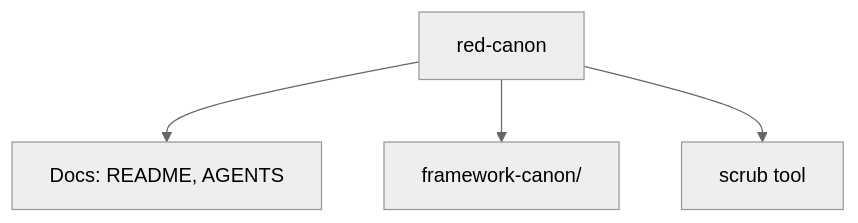
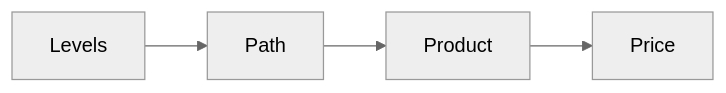
One commit to redrhino-online/red-canon changed diagram 13 of 27 in README.md. Above: the diagram before and after it, drawn with Mermaid (neutral theme). The commit also changed other lines of this file, not shown here.

````diff
--- a/README.md
+++ b/README.md
@@ -149,6 +242,4 @@
 ```mermaid
-flowchart TD
-    A[red-canon] --> B[Docs: README, AGENTS]
-    A --> C[framework-canon/]
-    A --> D[scrub tool]
+flowchart LR
+    A[Levels] --> B[Path] --> C[Product] --> D[Price]
 ```
````
